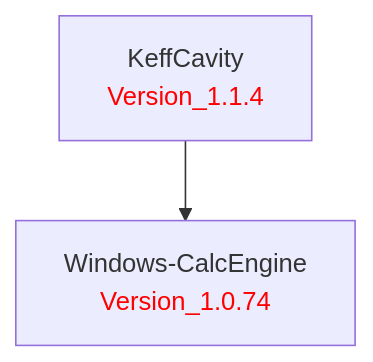
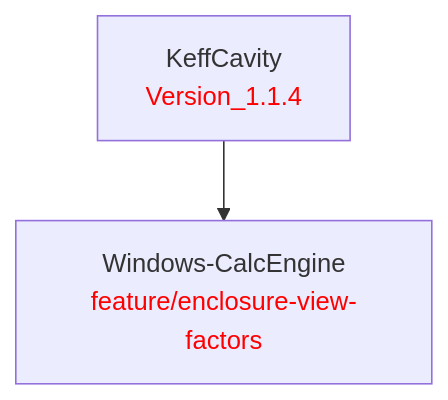
One commit to LBNL-ETA/KeffCavity changed the diagram in doc/KeffCavity.md. Above: the diagram before and after it, drawn with Mermaid. The commit also changed 1 other file, not shown here.

Commit message:
Pin Windows-CalcEngine to the enclosure view-factor feature branch
Temporary co-development pin so consumers (HygroThermFEM) can use
Viewer::computeEnclosureViewFactors before it is merged/tagged. Revert to
a released WCE tag once the engine lands. Dep chart regenerated.

````diff
--- a/doc/KeffCavity.md
+++ b/doc/KeffCavity.md
@@ -1,9 +1,9 @@
 ```mermaid
 graph TD
     %% Package definitions
     KeffCavity[KeffCavity<br/><font color='red'>Version_1.1.4</font>]
-    WindowsCalcEngine[Windows-CalcEngine<br/><font color='red'>Version_1.0.74</font>]
+    WindowsCalcEngine[Windows-CalcEngine<br/><font color='red'>feature/enclosure-view-factors</font>]
 
     %% Package relations
     KeffCavity --> WindowsCalcEngine
 ```
````
